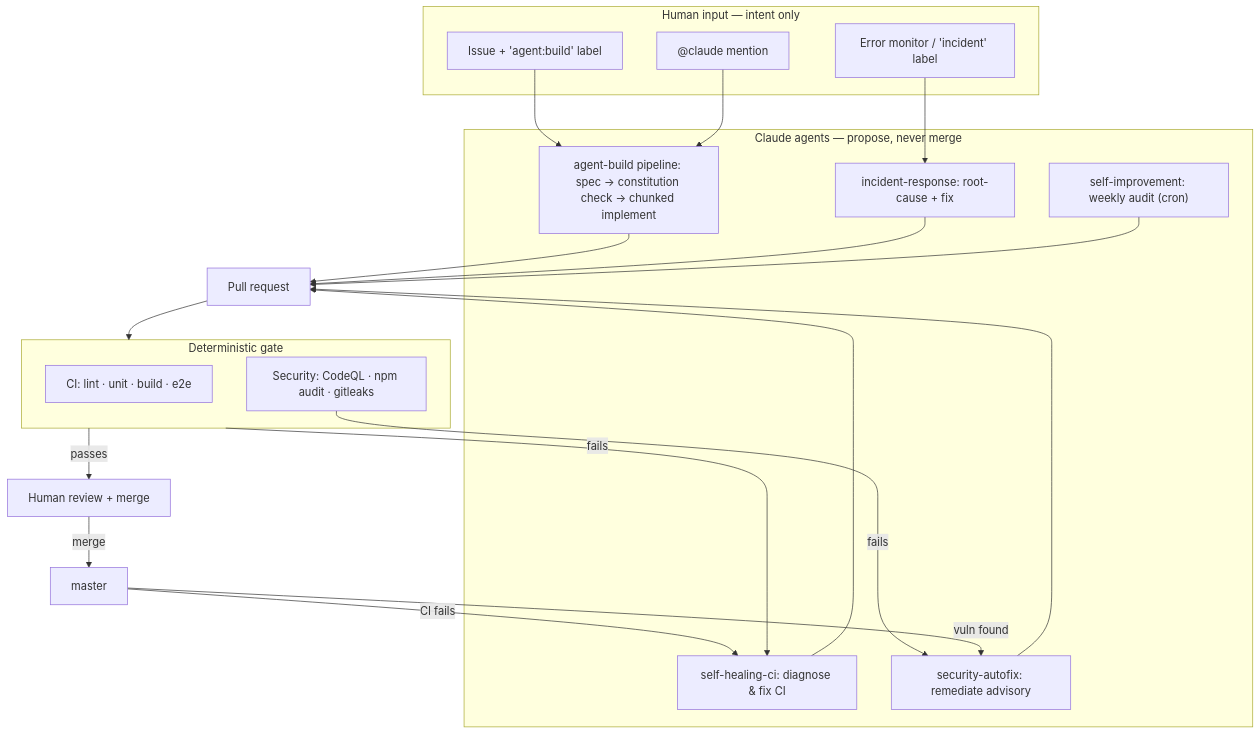
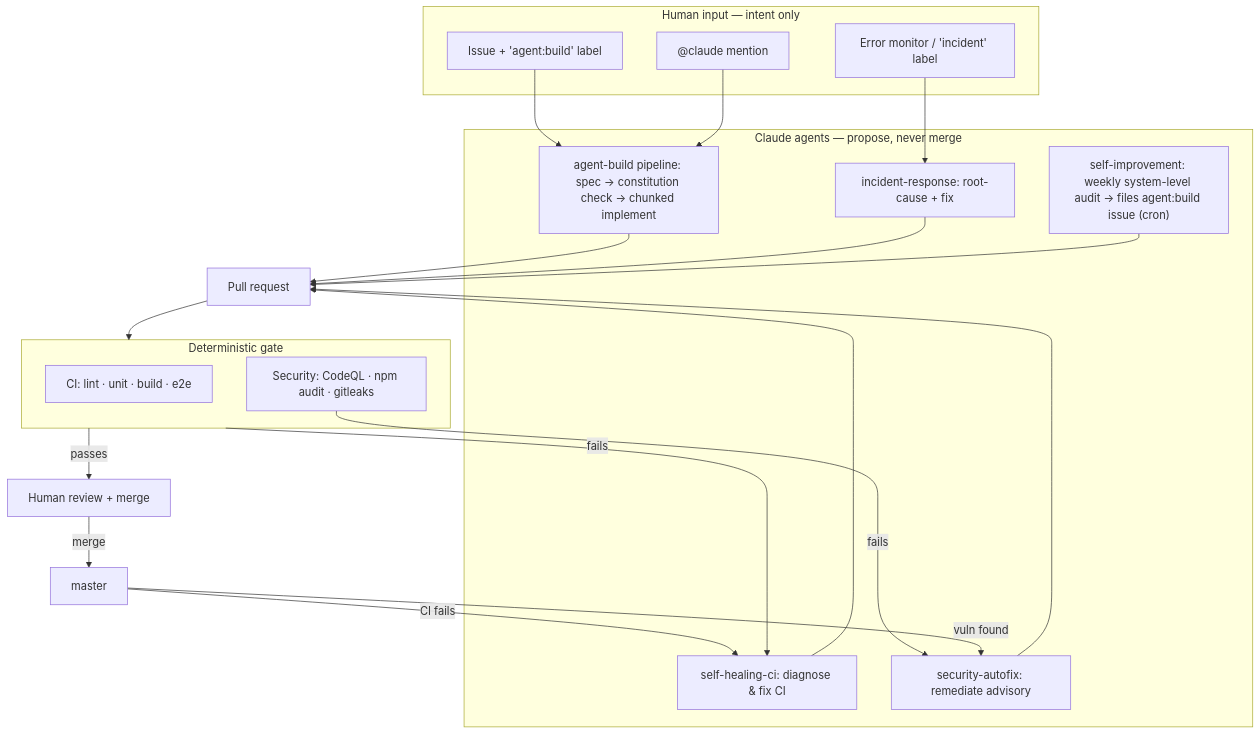
One commit to nonokia/weather-you-travel changed the diagram in README.md. Above: the diagram before and after it, drawn with Mermaid. The commit also changed other lines of this file and 2 other files, not shown here.

````diff
--- a/README.md
+++ b/README.md
@@ -22,35 +22,35 @@
 ```mermaid
 flowchart TD
     subgraph Humans["Human input — intent only"]
         I1["Issue + 'agent:build' label"]
         I2["@claude mention"]
         I3["Error monitor / 'incident' label"]
     end
 
     subgraph Agents["Claude agents — propose, never merge"]
         A1["agent-build pipeline: spec → constitution check → chunked implement"]
         A2["self-healing-ci: diagnose & fix CI"]
         A3["security-autofix: remediate advisory"]
         A4["incident-response: root-cause + fix"]
-        A5["self-improvement: weekly audit (cron)"]
+        A5["self-improvement: weekly system-level audit → files agent:build issue (cron)"]
     end
 
     subgraph Gate["Deterministic gate"]
         G1["CI: lint · unit · build · e2e"]
         G2["Security: CodeQL · npm audit · gitleaks"]
     end
 
     H["Human review + merge"]
 
     I1 --> A1
     I2 --> A1
     I3 --> A4
     A1 & A2 & A3 & A4 & A5 --> PR["Pull request"]
     PR --> Gate
     Gate -- fails --> A2
     G2 -- fails --> A3
     Gate -- passes --> H
     H -- merge --> master["master"]
     master -- CI fails --> A2
     master -- vuln found --> A3
 ```
````
